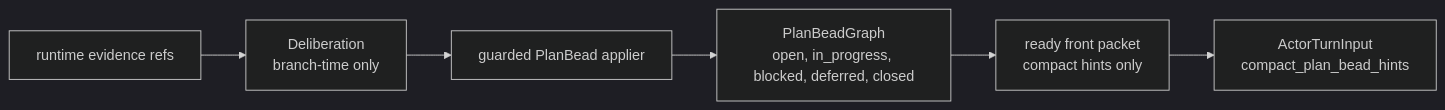
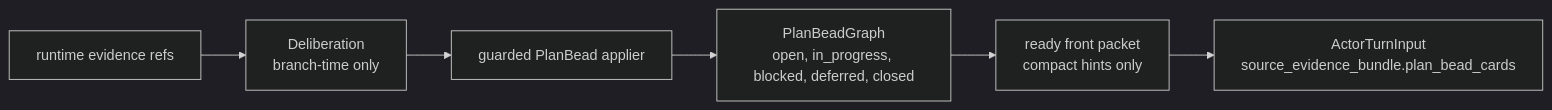
One commit to gigio1023/minecraft-llm-agent-community changed the fifth of 6 diagrams in CURRENT_IMPLEMENTATION_ARCHITECTURE_REVIEW.md. Above: the diagram before and after it, drawn with Mermaid (dark theme). The commit also changed other lines of this file and 20 other files, not shown here.

Commit message:
Trim Actor Turn source evidence input

````diff
--- a/CURRENT_IMPLEMENTATION_ARCHITECTURE_REVIEW.md
+++ b/CURRENT_IMPLEMENTATION_ARCHITECTURE_REVIEW.md
@@ -225,12 +225,12 @@
 ```mermaid
 flowchart LR
   Beads["PlanBeadGraph<br/>open, in_progress, blocked, deferred, closed"]
   Ready["ready front packet<br/>compact hints only"]
-  Turn["ActorTurnInput<br/>compact_plan_bead_hints"]
+  Turn["ActorTurnInput<br/>source_evidence_bundle.plan_bead_cards"]
   Branch["Deliberation<br/>branch-time only"]
   Applier["guarded PlanBead applier"]
   Evidence["runtime evidence refs"]
 
   Beads --> Ready --> Turn
   Evidence --> Branch --> Applier --> Beads
 ```
````
